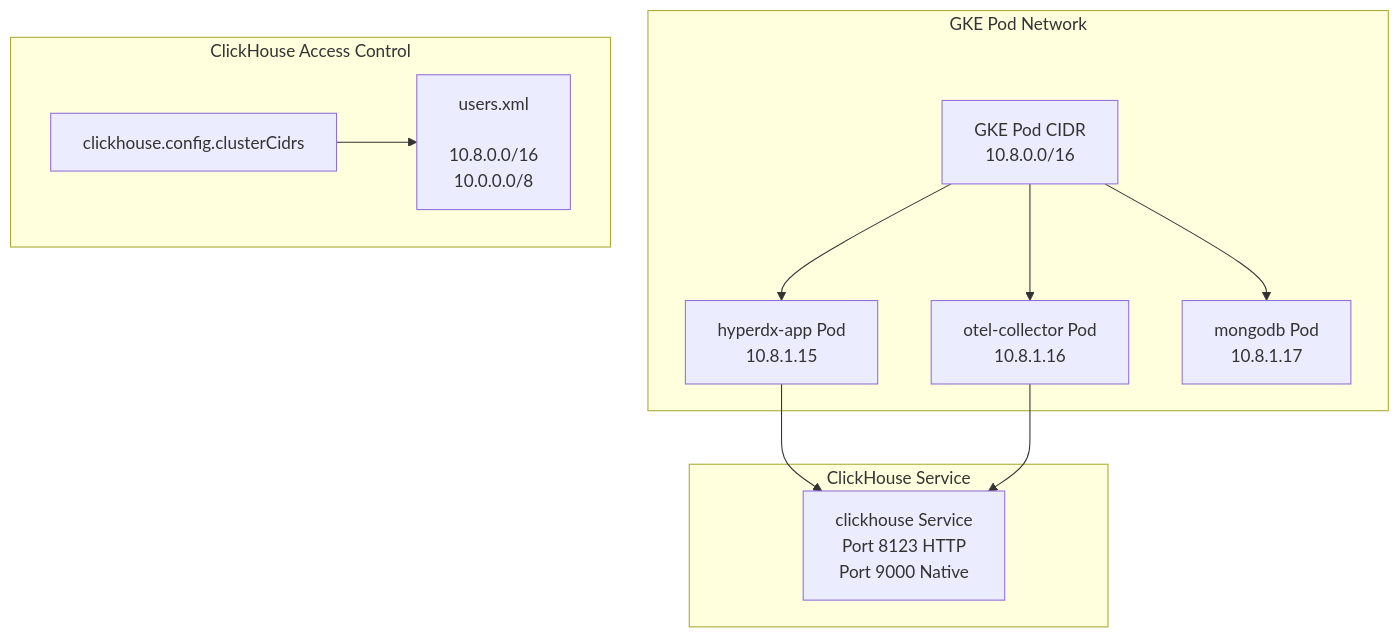
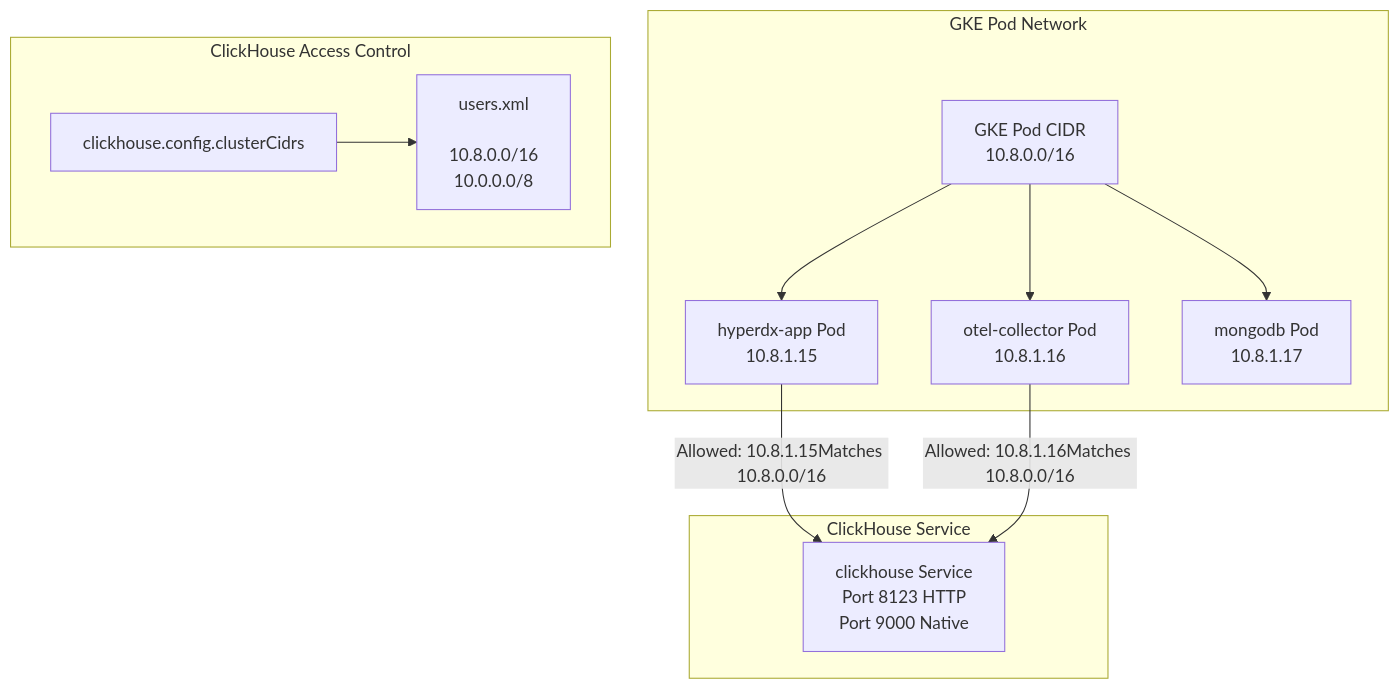
One commit to openchoreo/openchoreo changed the third of 7 diagrams in docs/hyperdxio-helm-charts-docs/Cloud-Provider-Specific-Configurations.md. Above: the diagram before and after it, drawn with Mermaid. The commit also changed other lines of this file and 85 other files, not shown here.

Commit message:
feat: Add new workflow and specification templates, update Helm chart dependencies, and clarify documentation diagrams.

````diff
--- a/docs/hyperdxio-helm-charts-docs/Cloud-Provider-Specific-Configurations.md
+++ b/docs/hyperdxio-helm-charts-docs/Cloud-Provider-Specific-Configurations.md
@@ -145,34 +145,34 @@
 ```mermaid
 flowchart TD
 
 CHConfig["clickhouse.config.clusterCidrs"]
 CHUsers["users.xml<br><networks><br><ip>10.8.0.0/16</ip><br><ip>10.0.0.0/8</ip><br></networks>"]
 GKEPods["GKE Pod CIDR<br>10.8.0.0/16"]
 HyperDXPod["hyperdx-app Pod<br>10.8.1.15"]
 OTELPod["otel-collector Pod<br>10.8.1.16"]
 MongoDBPod["mongodb Pod<br>10.8.1.17"]
 CHService["clickhouse Service<br>Port 8123 HTTP<br>Port 9000 Native"]
 
-HyperDXPod --> CHService
-OTELPod --> CHService
+HyperDXPod -->|"Allowed: 10.8.1.15Matches 10.8.0.0/16"| CHService
+OTELPod -->|"Allowed: 10.8.1.16Matches 10.8.0.0/16"| CHService
 
 subgraph subGraph2 ["ClickHouse Service"]
     CHService
 end
 
 subgraph subGraph0 ["GKE Pod Network"]
     GKEPods
     HyperDXPod
     OTELPod
     MongoDBPod
     GKEPods --> HyperDXPod
     GKEPods --> OTELPod
     GKEPods --> MongoDBPod
 end
 
 subgraph subGraph1 ["ClickHouse Access Control"]
     CHConfig
     CHUsers
     CHConfig --> CHUsers
 end
 ```
````
